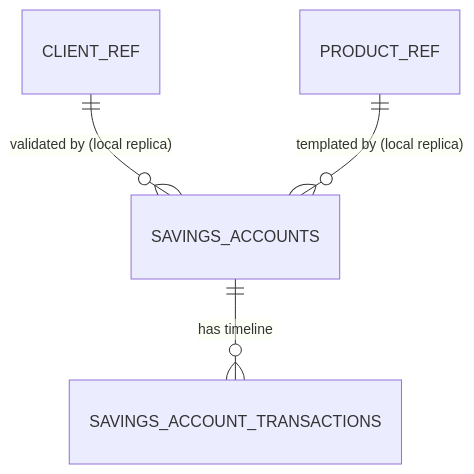
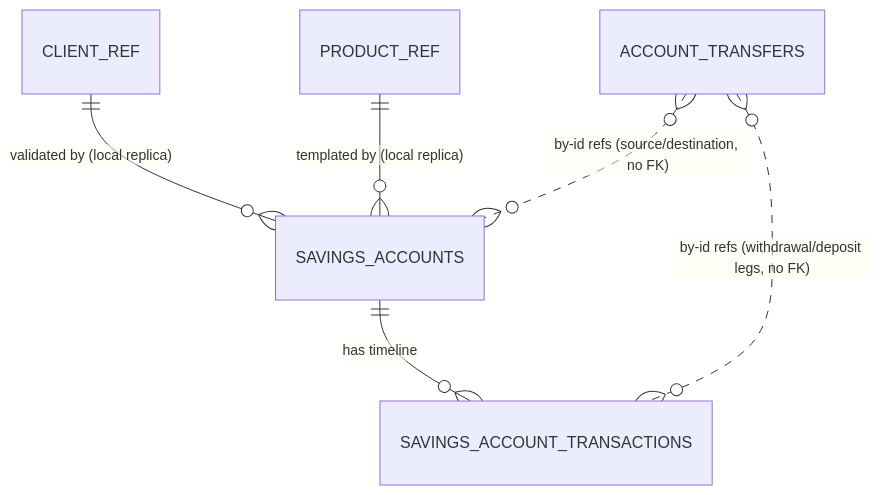
One commit to Anassedemnati/CoreBanking changed the sixth of 7 diagrams in ARCHITECTURE.md. Above: the diagram before and after it, drawn with Mermaid. The commit also changed other lines of this file and 35 other files, not shown here.

````diff
--- a/ARCHITECTURE.md
+++ b/ARCHITECTURE.md
@@ -253,6 +256,8 @@
 ```mermaid
 erDiagram
     CLIENT_REF ||--o{ SAVINGS_ACCOUNTS : "validated by (local replica)"
     PRODUCT_REF ||--o{ SAVINGS_ACCOUNTS : "templated by (local replica)"
     SAVINGS_ACCOUNTS ||--o{ SAVINGS_ACCOUNT_TRANSACTIONS : "has timeline"
+    ACCOUNT_TRANSFERS }o..o{ SAVINGS_ACCOUNTS : "by-id refs (source/destination, no FK)"
+    ACCOUNT_TRANSFERS }o..o{ SAVINGS_ACCOUNT_TRANSACTIONS : "by-id refs (withdrawal/deposit legs, no FK)"
 ```
````
